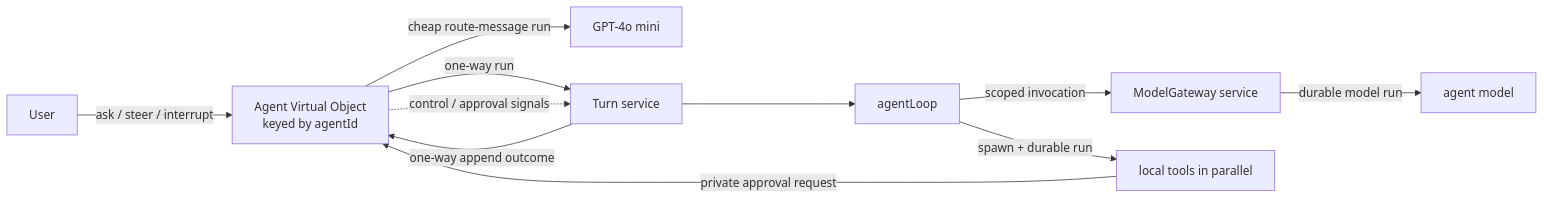
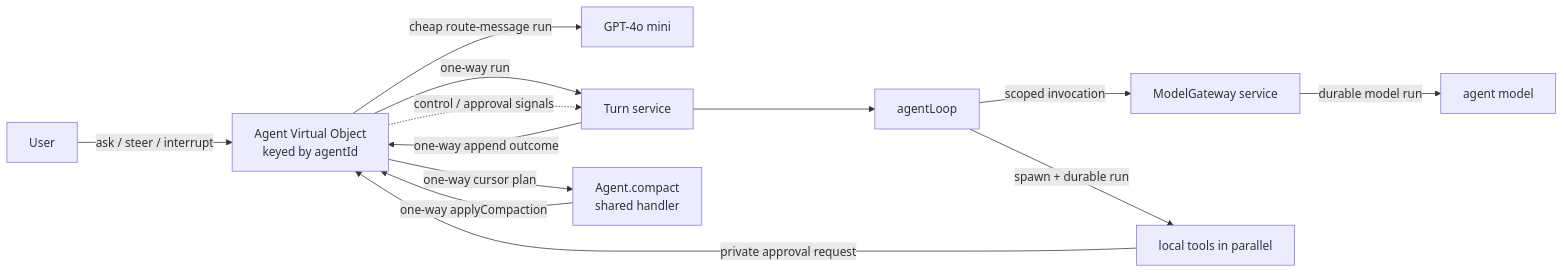
Before and after one commit to restatedev/agent: the diagram in README.md, drawn with Mermaid. The commit also changed other lines of this file and 10 other files, not shown here.

Commit message:
refactor(example): streamline agent loop and add compaction

````diff
--- a/README.md
+++ b/README.md
@@ -7,13 +7,15 @@
 ```mermaid
 flowchart LR
   User -->|"ask / steer / interrupt"| Agent["Agent Virtual Object\nkeyed by agentId"]
   Agent -->|"cheap route-message run"| Router["GPT-4o mini"]
   Agent -->|"one-way run"| Turn["Turn service"]
   Agent -.->|"control / approval signals"| Turn
   Turn --> Loop["agentLoop"]
   Loop -->|"scoped invocation"| Gateway["ModelGateway service"]
   Gateway -->|"durable model run"| Model["agent model"]
   Loop -->|"spawn + durable run"| Tools["local tools in parallel"]
   Tools -->|"private approval request"| Agent
   Turn -->|"one-way append outcome"| Agent
+  Agent -->|"one-way cursor plan"| Compactor["Agent.compact\nshared handler"]
+  Compactor -->|"one-way applyCompaction"| Agent
 ```
````
